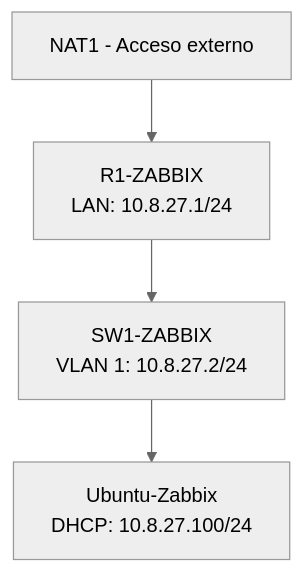
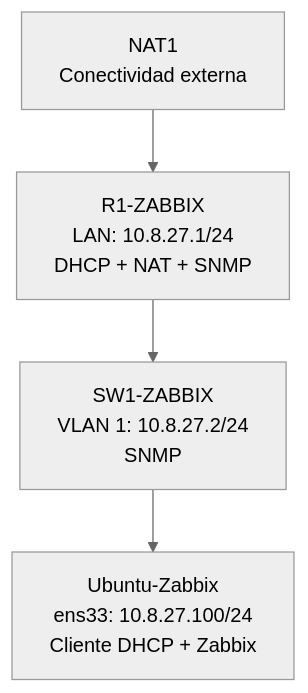
Before and after one commit to merolynnnnn-stack/Asignaci-n-3---SR: the diagram in README.md, drawn with Mermaid (neutral theme). The commit also changed other lines of this file, not shown here.

````diff
--- a/README.md
+++ b/README.md
@@ -130,11 +138,11 @@
 ```mermaid
 flowchart TD
-    NAT["NAT1 - Acceso externo"]
-    R1["R1-ZABBIX<br/>LAN: 10.8.27.1/24"]
-    SW1["SW1-ZABBIX<br/>VLAN 1: 10.8.27.2/24"]
-    ZBX["Ubuntu-Zabbix<br/>DHCP: 10.8.27.100/24"]
+    NAT["NAT1<br/>Conectividad externa"]
+    R1["R1-ZABBIX<br/>LAN: 10.8.27.1/24<br/>DHCP + NAT + SNMP"]
+    SW1["SW1-ZABBIX<br/>VLAN 1: 10.8.27.2/24<br/>SNMP"]
+    UB["Ubuntu-Zabbix<br/>ens33: 10.8.27.100/24<br/>Cliente DHCP + Zabbix"]
 
     NAT --> R1
     R1 --> SW1
-    SW1 --> ZBX
+    SW1 --> UB
 ```
````
